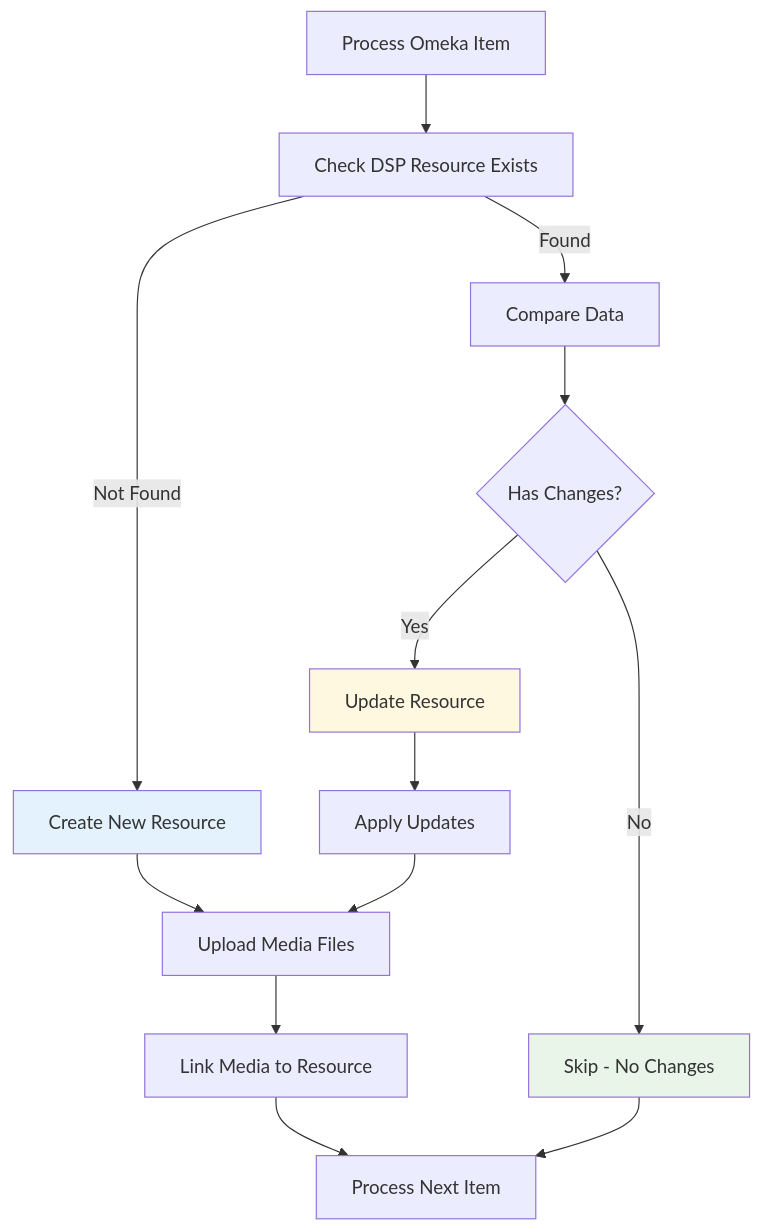
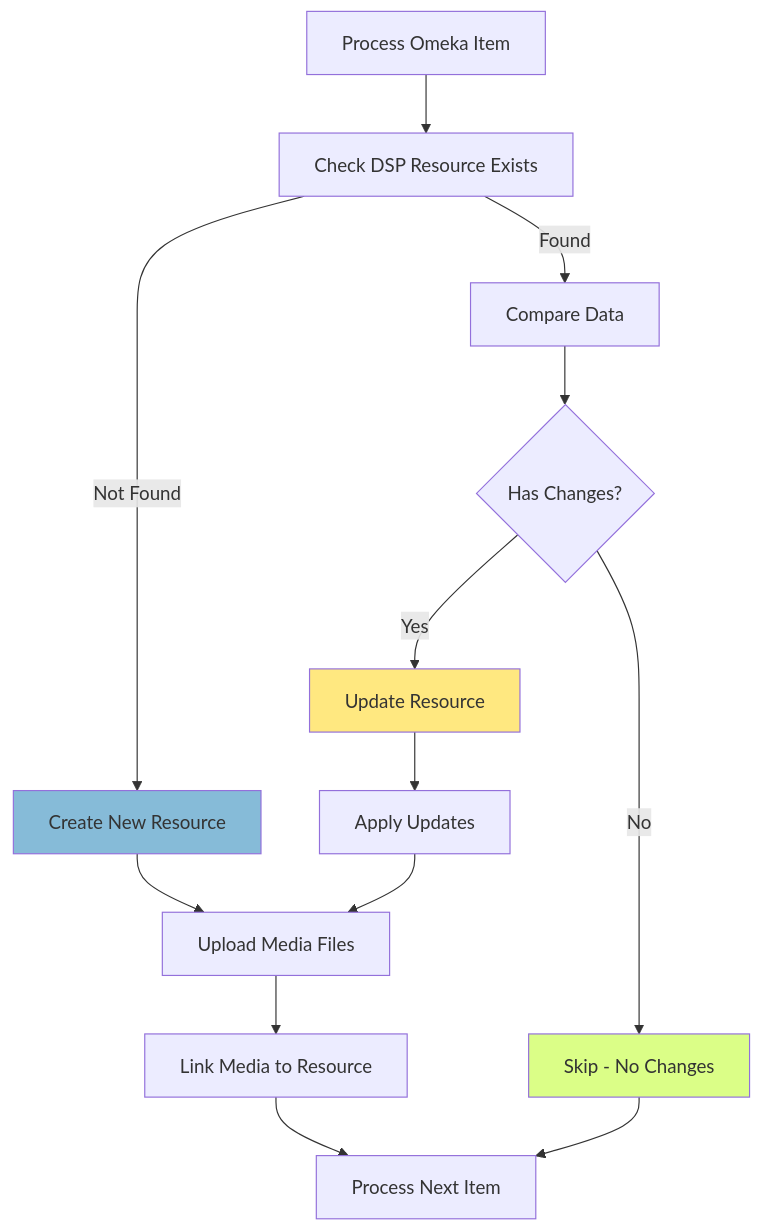
Before and after one commit to Stadt-Geschichte-Basel/omeka2dsp: the first of 2 diagrams in docs/guides/usage.qmd, drawn with Mermaid. The commit also changed 22 other files, not shown here.

````diff
--- a/docs/guides/usage.qmd
+++ b/docs/guides/usage.qmd
@@ -252,21 +252,21 @@
 ```{mermaid}
 flowchart TD
     A[Process Omeka Item] --> B[Check DSP Resource Exists]
     B -->|Not Found| C[Create New Resource]
     B -->|Found| D[Compare Data]
     
     C --> E[Upload Media Files]
     D --> F{Has Changes?}
     F -->|Yes| G[Update Resource]
     F -->|No| H[Skip - No Changes]
     
     G --> I[Apply Updates]
     I --> E
     E --> J[Link Media to Resource]
     H --> K[Process Next Item]
     J --> K
     
-    style C fill:#e3f2fd
-    style G fill:#fff8e1
-    style H fill:#e8f5e8
+    style C fill:#86bbd8
+    style G fill:#ffe880
+    style H fill:#dbfe87
 ```
````
